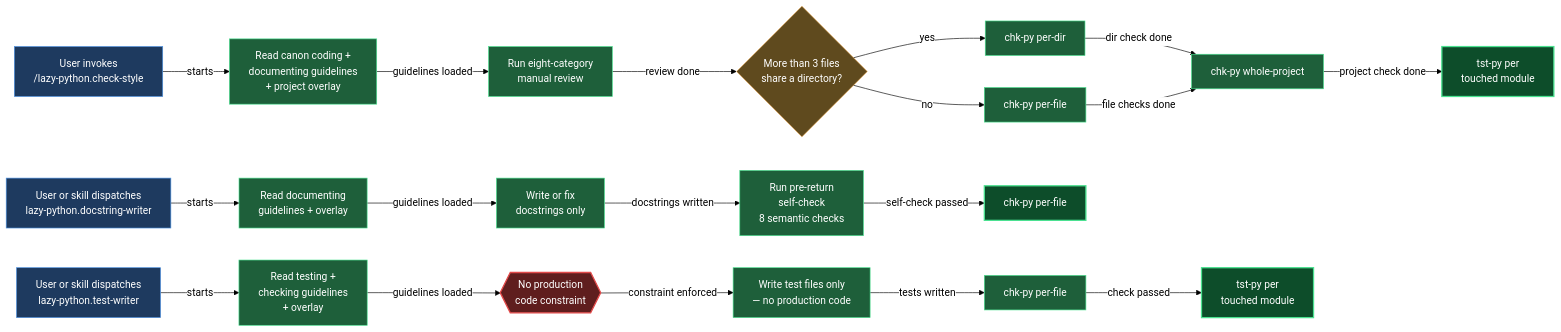
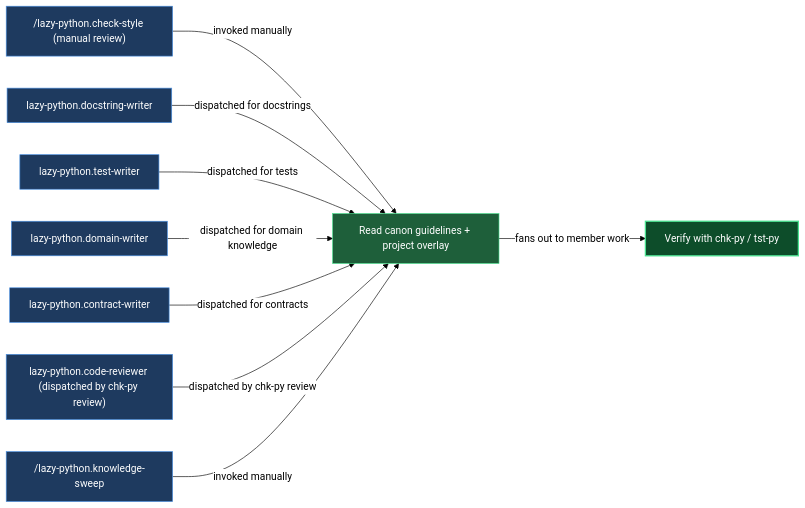
One commit to mebius-san/lazy-cortex changed the diagram in claude/lazycortex-python/help/agents.md. Above: the diagram before and after it, drawn with Mermaid. The commit also changed other lines of this file, not shown here.

Commit message:
[lazycortex-python] shorten the agents-chapter diagram to seven entry points (no version change)

````diff
--- a/claude/lazycortex-python/help/agents.md
+++ b/claude/lazycortex-python/help/agents.md
@@ -96,79 +96,36 @@
 ```mermaid
 %%{init: {'themeVariables':{'background':'transparent','lineColor':'#000','textColor':'#000','edgeLabelBackground':'#fff'},'themeCSS':'.edgeLabel{background-color:transparent!important}.edgeLabel p{background-color:transparent!important}','flowchart':{'diagramPadding':5,'useMaxWidth':true}}}%%
 flowchart LR
-  invokeCheckStyle[User invokes\n/lazy-python.check-style]
-  invokeDocstringWriter[User or skill dispatches\nlazy-python.docstring-writer]
-  invokeTestWriter[User or skill dispatches\nlazy-python.test-writer]
+  checkStyle["/lazy-python.check-style (manual review)"]
+  docstringWriter["lazy-python.docstring-writer"]
+  testWriter["lazy-python.test-writer"]
+  domainWriter["lazy-python.domain-writer"]
+  contractWriter["lazy-python.contract-writer"]
+  codeReviewer["lazy-python.code-reviewer (dispatched by chk-py review)"]
+  knowledgeSweep["/lazy-python.knowledge-sweep"]
+  readCanon["Read canon guidelines + project overlay"]
+  verifyChkTst["Verify with chk-py / tst-py"]
 
-  readCanonGuidelines[Read canon coding +\ndocumenting guidelines\n+ project overlay]
-  readDocGuidelines[Read documenting\nguidelines + overlay]
-  readTestGuidelines[Read testing +\nchecking guidelines\n+ overlay]
-
-  manualReview[Run eight-category\nmanual review]
-  writeDocstrings[Write or fix\ndocstrings only]
-  writeTestFiles[Write test files only\n— no production code]
-
-  noProductionCode{{No production\ncode constraint}}
-
-  selfCheck[Run pre-return\nself-check\n8 semantic checks]
-
-  fileCountGuard{More than 3 files\nshare a directory?}
-
-  chkPyPerFile[chk-py per-file]
-  chkPyPerDir[chk-py per-dir]
-  chkPyWholeProject[chk-py whole-project]
-  tstPyTouchedModules[tst-py per\ntouched module]
-
-  chkPyDocstring[chk-py per-file]
-  chkPyTestWriter[chk-py per-file]
-  tstPyTestWriter[tst-py per\ntouched module]
-
-  invokeCheckStyle -->|starts| readCanonGuidelines
-  invokeDocstringWriter -->|starts| readDocGuidelines
-  invokeTestWriter -->|starts| readTestGuidelines
-
-  readCanonGuidelines -->|guidelines loaded| manualReview
-  readDocGuidelines -->|guidelines loaded| writeDocstrings
-  readTestGuidelines -->|guidelines loaded| noProductionCode
-
-  noProductionCode -->|constraint enforced| writeTestFiles
-
-  manualReview -->|review done| fileCountGuard
-  fileCountGuard -->|yes| chkPyPerDir
-  fileCountGuard -->|no| chkPyPerFile
-  chkPyPerDir -->|dir check done| chkPyWholeProject
-  chkPyPerFile -->|file checks done| chkPyWholeProject
-  chkPyWholeProject -->|project check done| tstPyTouchedModules
-
-  writeDocstrings -->|docstrings written| selfCheck
-  selfCheck -->|self-check passed| chkPyDocstring
-
-  writeTestFiles -->|tests written| chkPyTestWriter
-  chkPyTestWriter -->|check passed| tstPyTestWriter
+  checkStyle -->|invoked manually| readCanon
+  docstringWriter -->|dispatched for docstrings| readCanon
+  testWriter -->|dispatched for tests| readCanon
+  domainWriter -->|dispatched for domain knowledge| readCanon
+  contractWriter -->|dispatched for contracts| readCanon
+  codeReviewer -->|dispatched by chk-py review| readCanon
+  knowledgeSweep -->|invoked manually| readCanon
+  readCanon -->|fans out to member work| verifyChkTst
 
   classDef entry fill:#1e3a5f,stroke:#4a90e2,color:#fff
-  classDef guard fill:#5f4a1e,stroke:#e2a14a,color:#fff
   classDef action fill:#1e5f3a,stroke:#4ae290,color:#fff
   classDef success fill:#0d4d2a,stroke:#4ae290,color:#fff,stroke-width:2px
-  classDef error fill:#5f1e1e,stroke:#e24a4a,color:#fff,stroke-width:2px
 
-  class invokeCheckStyle entry
-  class invokeDocstringWriter entry
-  class invokeTestWriter entry
-  class readCanonGuidelines action
-  class readDocGuidelines action
-  class readTestGuidelines action
-  class manualReview action
-  class writeDocstrings action
-  class writeTestFiles action
-  class noProductionCode error
-  class selfCheck action
-  class fileCountGuard guard
-  class chkPyPerFile action
-  class chkPyPerDir action
-  class chkPyWholeProject action
-  class tstPyTouchedModules success
-  class chkPyDocstring success
-  class chkPyTestWriter action
-  class tstPyTestWriter success
+  class checkStyle entry
+  class docstringWriter entry
+  class testWriter entry
+  class domainWriter entry
+  class contractWriter entry
+  class codeReviewer entry
+  class knowledgeSweep entry
+  class readCanon action
+  class verifyChkTst success
 ```
````
